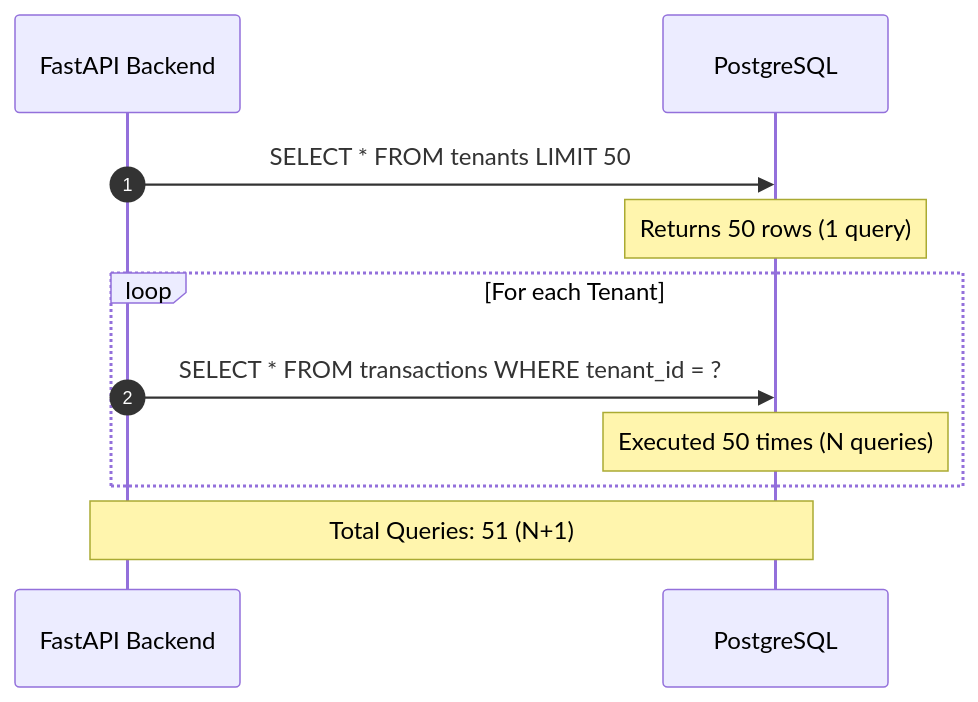
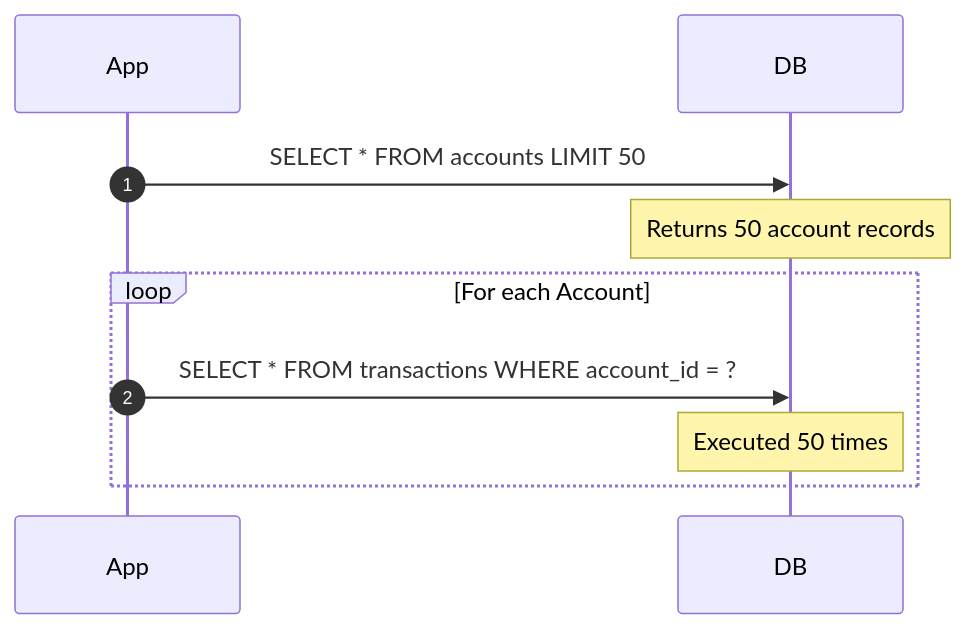
One commit to AD0791/interviewprep changed the second of 2 diagrams in 01_fastapi_sqlalchemy_postgres/01_postgres_aggregation_sqlalchemy.md. Above: the diagram before and after it, drawn with Mermaid. The commit also changed other lines of this file and 7 other files, not shown here.

````diff
--- a/01_fastapi_sqlalchemy_postgres/01_postgres_aggregation_sqlalchemy.md
+++ b/01_fastapi_sqlalchemy_postgres/01_postgres_aggregation_sqlalchemy.md
@@ -132,13 +118,10 @@
 ```mermaid
 sequenceDiagram
     autonumber
-    participant App as FastAPI Backend
-    participant DB as PostgreSQL
-    App->>DB: SELECT * FROM tenants LIMIT 50;
-    Note over DB: Returns 50 rows (1 query)
-    loop For each Tenant
-        App->>DB: SELECT * FROM transactions WHERE tenant_id = ?;
-        Note over DB: Executed 50 times (N queries)
+    App->>DB: SELECT * FROM accounts LIMIT 50;
+    Note over DB: Returns 50 account records
+    loop For each Account
+        App->>DB: SELECT * FROM transactions WHERE account_id = ?;
+        Note over DB: Executed 50 times
     end
-    Note over App,DB: Total Queries: 51 (N+1)
 ```
````
